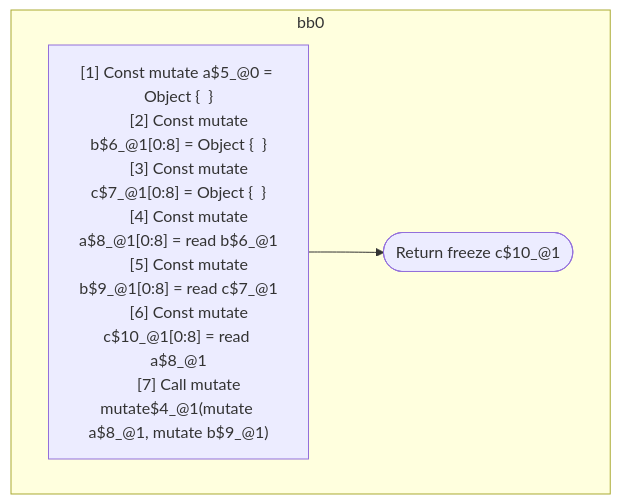
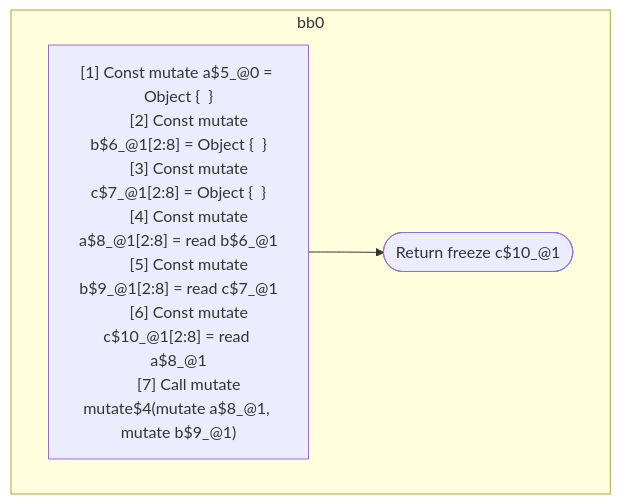
Before and after one commit to wutsmog/private: the second of 2 diagrams in compiler/forget/src/__tests__/fixtures/hir/simple-alias.expect.md, drawn with Mermaid. The commit also changed other lines of this file and 100 other files, not shown here.

````diff
--- a/compiler/forget/src/__tests__/fixtures/hir/simple-alias.expect.md
+++ b/compiler/forget/src/__tests__/fixtures/hir/simple-alias.expect.md
@@ -63,19 +94,19 @@
 ```mermaid
 flowchart TB
   %% Basic Blocks
   subgraph bb0
     bb0_instrs["
       [1] Const mutate a$5_@0 = Object {  }
-      [2] Const mutate b$6_@1[0:8] = Object {  }
-      [3] Const mutate c$7_@1[0:8] = Object {  }
-      [4] Const mutate a$8_@1[0:8] = read b$6_@1
-      [5] Const mutate b$9_@1[0:8] = read c$7_@1
-      [6] Const mutate c$10_@1[0:8] = read a$8_@1
-      [7] Call mutate mutate$4_@1(mutate a$8_@1, mutate b$9_@1)
+      [2] Const mutate b$6_@1[2:8] = Object {  }
+      [3] Const mutate c$7_@1[2:8] = Object {  }
+      [4] Const mutate a$8_@1[2:8] = read b$6_@1
+      [5] Const mutate b$9_@1[2:8] = read c$7_@1
+      [6] Const mutate c$10_@1[2:8] = read a$8_@1
+      [7] Call mutate mutate$4(mutate a$8_@1, mutate b$9_@1)
     "]
     bb0_instrs --> bb0_terminal(["Return freeze c$10_@1"])
   end
 
   %% Jumps
   %% empty
 ```
````
